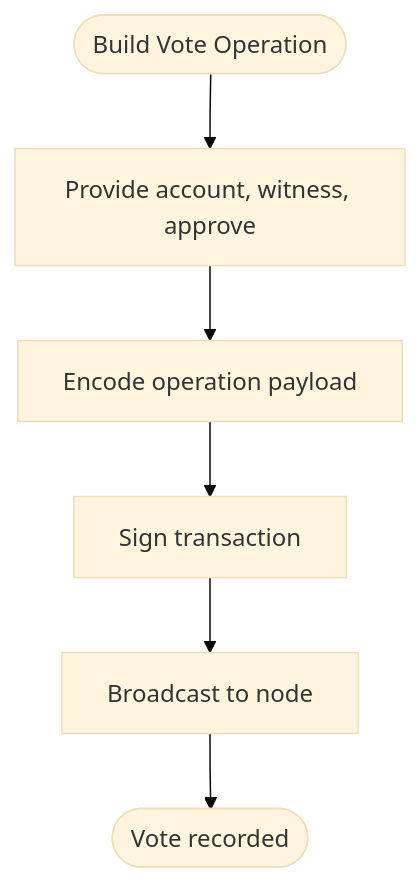
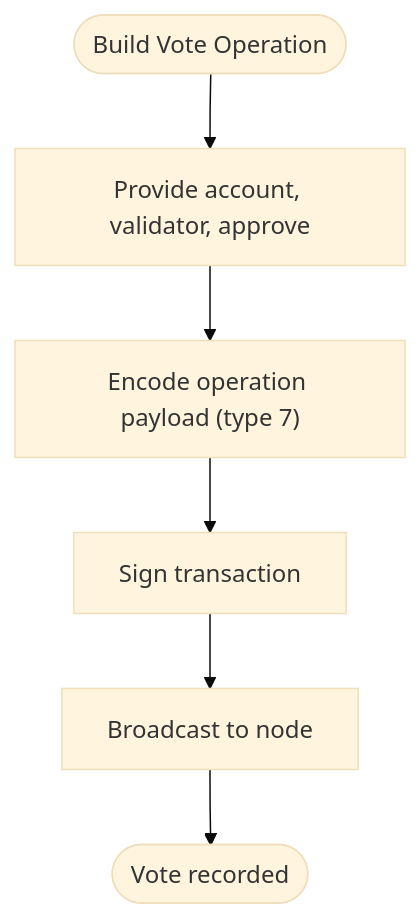
The third of 9 diagrams in .qoder/repowiki/en/content/Transaction Management/Operation Types/Governance Operations.md (VIZ-Blockchain/viz-php-lib), drawn with Mermaid (base theme) before and after one commit. The commit also changed other lines of this file and 8 other files, not shown here.

````diff
--- a/.qoder/repowiki/en/content/Transaction Management/Operation Types/Governance Operations.md
+++ b/.qoder/repowiki/en/content/Transaction Management/Operation Types/Governance Operations.md
@@ -120,8 +123,8 @@
 ```mermaid
 flowchart TD
-Start(["Build Vote Operation"]) --> Params["Provide account, witness, approve"]
-Params --> Build["Encode operation payload"]
+Start(["Build Vote Operation"]) --> Params["Provide account, validator, approve"]
+Params --> Build["Encode operation payload (type 7)"]
 Build --> Sign["Sign transaction"]
 Sign --> Broadcast["Broadcast to node"]
 Broadcast --> End(["Vote recorded"])
 ```
````
